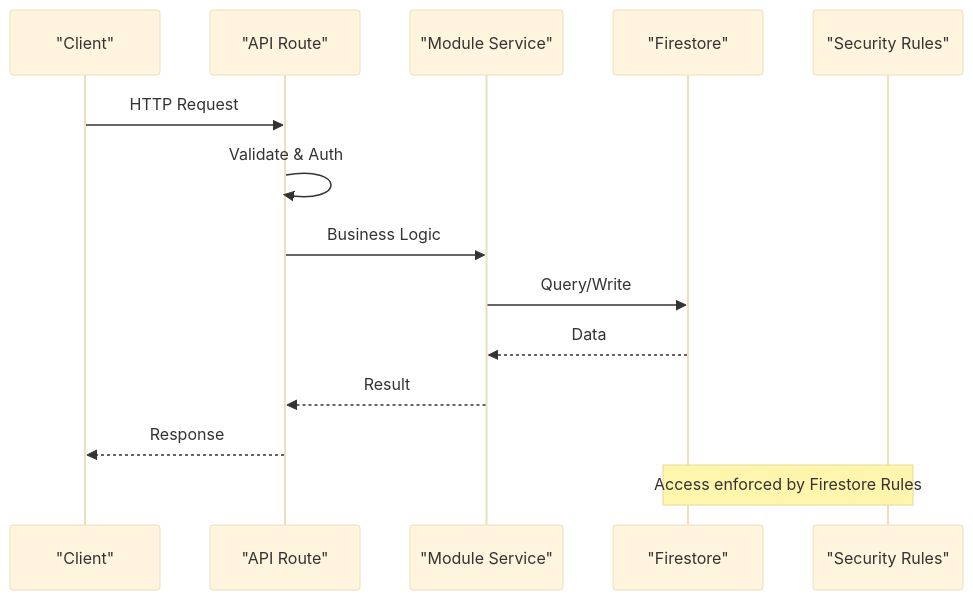
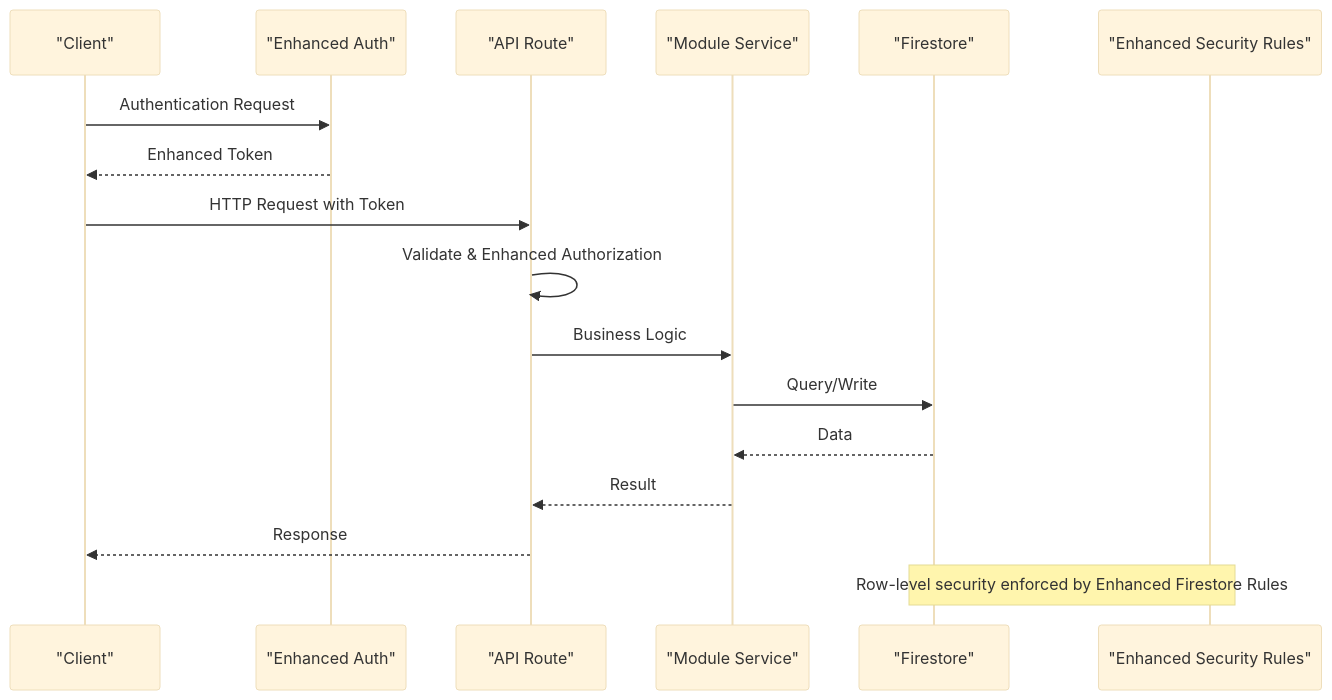
The second of 10 diagrams in .qoder/repowiki/en/content/Database Schema.md (ngothanhtung/claude-code-shadcn-dashboard), drawn with Mermaid (base theme) before and after one commit. The commit also changed other lines of this file and 165 other files, not shown here.

First line of the commit message:
feat(security): enhance Firestore rules with comprehensive row-level security

````diff
--- a/.qoder/repowiki/en/content/Database Schema.md
+++ b/.qoder/repowiki/en/content/Database Schema.md
@@ -95,16 +104,19 @@
 ```mermaid
 sequenceDiagram
 participant Client as "Client"
+participant Auth as "Enhanced Auth"
 participant API as "API Route"
 participant Service as "Module Service"
 participant DB as "Firestore"
-participant Rules as "Security Rules"
-Client->>API : HTTP Request
-API->>API : Validate & Auth
+participant Rules as "Enhanced Security Rules"
+Client->>Auth : Authentication Request
+Auth-->>Client : Enhanced Token
+Client->>API : HTTP Request with Token
+API->>API : Validate & Enhanced Authorization
 API->>Service : Business Logic
 Service->>DB : Query/Write
 DB-->>Service : Data
 Service-->>API : Result
 API-->>Client : Response
-Note over DB,Rules : Access enforced by Firestore Rules
+Note over DB,Rules : Row-level security enforced by Enhanced Firestore Rules
 ```
````
